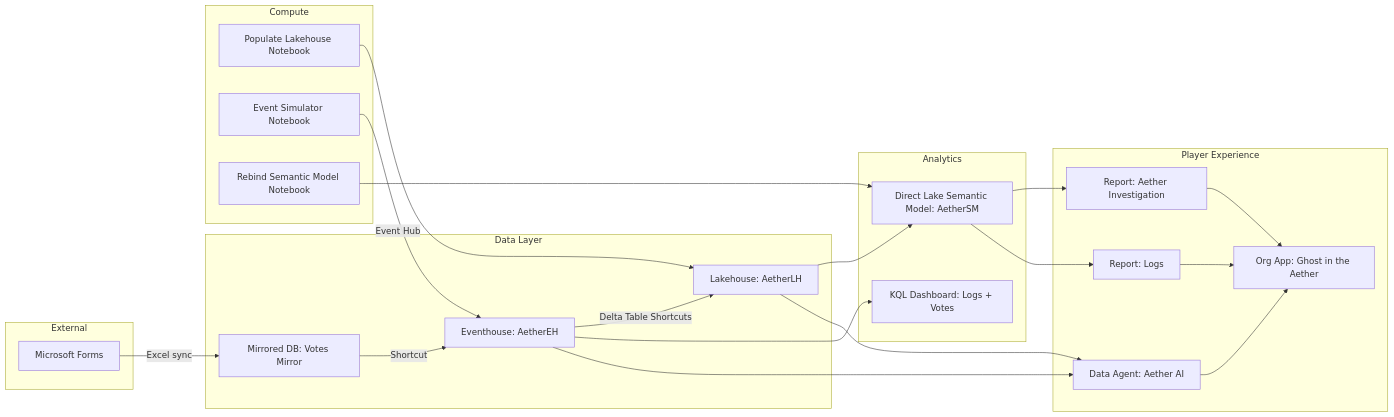
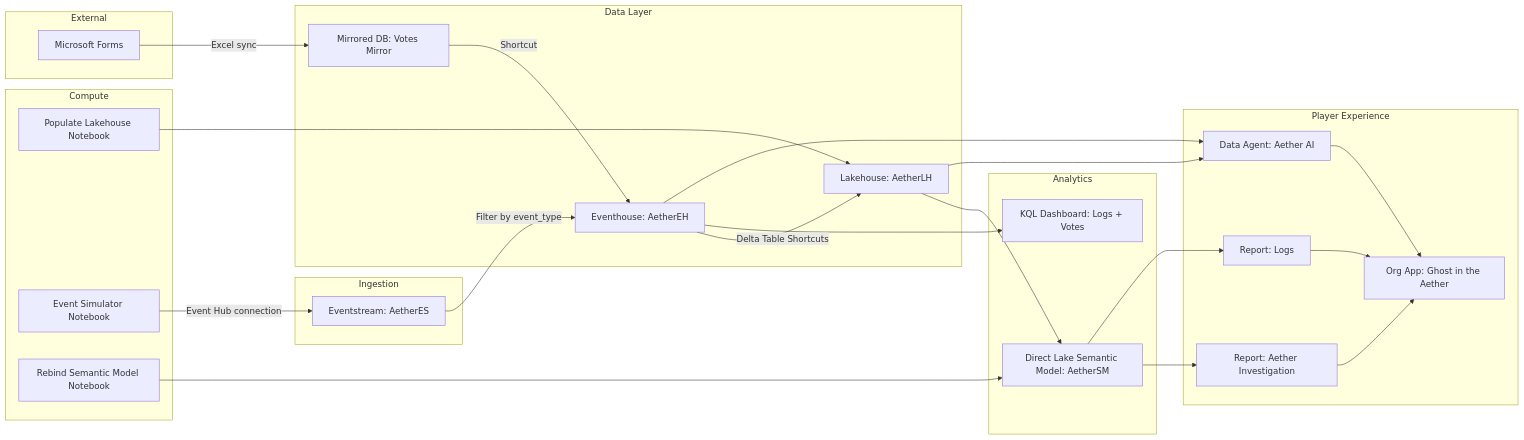
One commit to MitchSS/FabricMystery changed the second of 2 diagrams in PLAN.md. Above: the diagram before and after it, drawn with Mermaid. The commit also changed other lines of this file and 5 other files, not shown here.

Commit message:
Automate Event Hub connection via AetherES Eventstream in deploy

````diff
--- a/PLAN.md
+++ b/PLAN.md
@@ -196,46 +200,51 @@
 ```mermaid
 flowchart LR
     subgraph Data Layer
         LH[Lakehouse: AetherLH]
         EH[Eventhouse: AetherEH]
         MIRROR[Mirrored DB: Votes Mirror]
     end
 
     subgraph Compute
         POP[Populate Lakehouse Notebook]
         SIM[Event Simulator Notebook]
         REB[Rebind Semantic Model Notebook]
+    end
+
+    subgraph Ingestion
+        ES[Eventstream: AetherES]
     end
 
     subgraph Analytics
         SM[Direct Lake Semantic Model: AetherSM]
         KD[KQL Dashboard: Logs + Votes]
     end
 
     subgraph External
         FORMS[Microsoft Forms]
     end
 
     subgraph Player Experience
         R1[Report: Aether Investigation]
         R2[Report: Logs]
         DA[Data Agent: Aether AI]
         APP[Org App: Ghost in the Aether]
     end
 
     POP --> LH
-    SIM -->|Event Hub| EH
+    SIM -->|Event Hub connection| ES
+    ES -->|Filter by event_type| EH
     FORMS -->|Excel sync| MIRROR
     MIRROR -->|Shortcut| EH
     EH -->|Delta Table Shortcuts| LH
     LH --> SM
     EH --> KD
     SM --> R1
     SM --> R2
     EH --> DA
     LH --> DA
     R1 --> APP
     R2 --> APP
     DA --> APP
     REB --> SM
 ```
````
